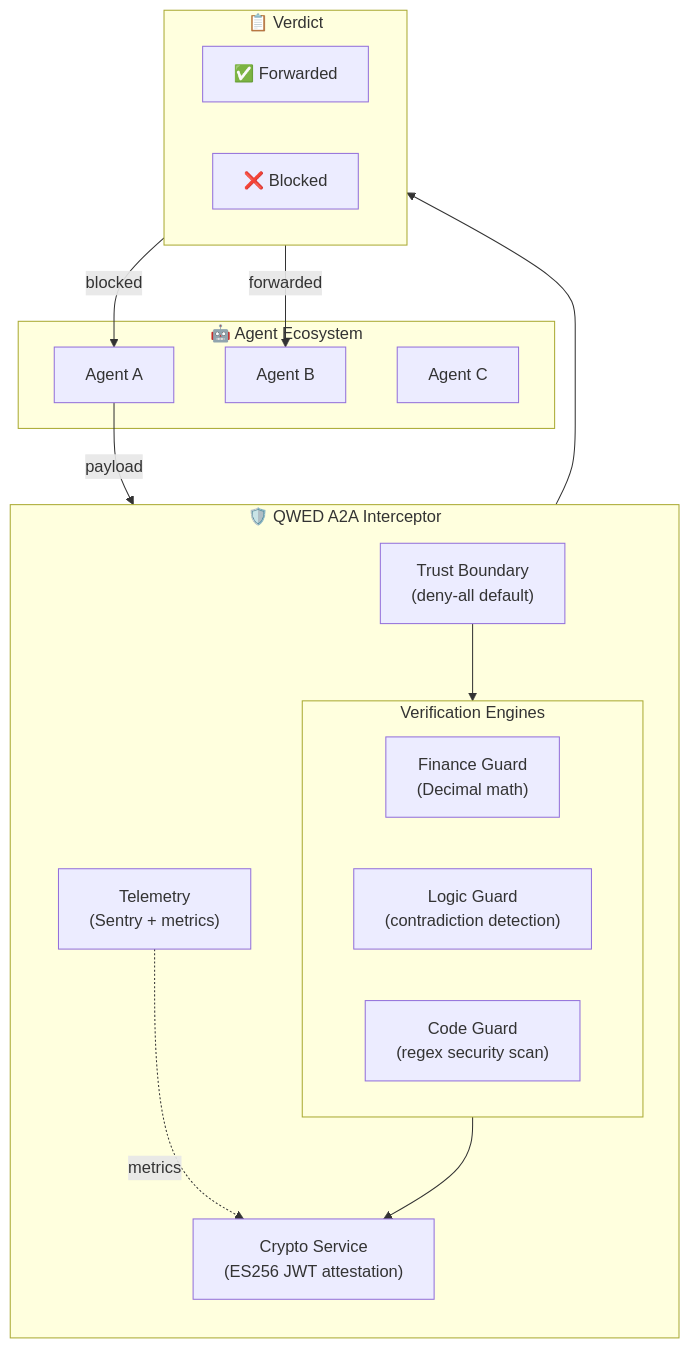
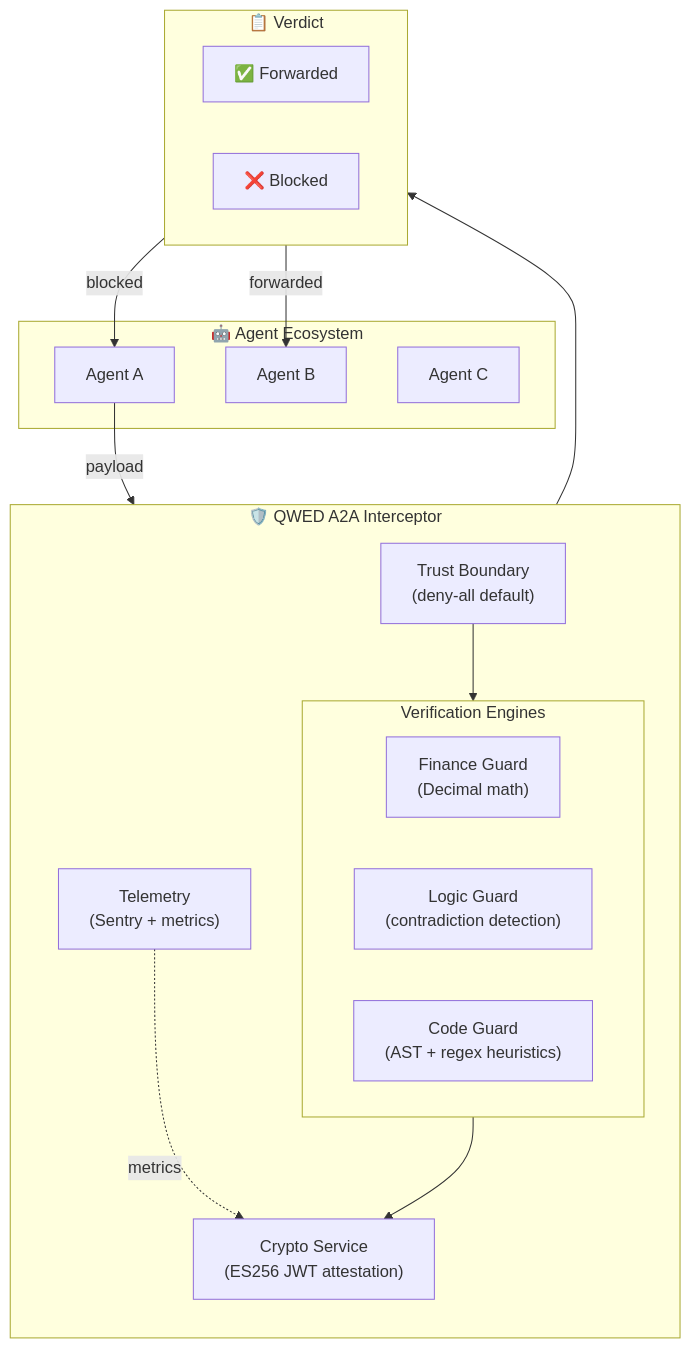
The second of 2 diagrams in a2a/overview.mdx (QWED-AI/docs), drawn with Mermaid before and after one commit. The commit also changed other lines of this file and 5 other files, not shown here.

````diff
--- a/a2a/overview.mdx
+++ b/a2a/overview.mdx
@@ -107,33 +107,33 @@
 ```mermaid
 flowchart TB
     subgraph Agents["🤖 Agent Ecosystem"]
         A1["Agent A"]
         A2["Agent B"]
         A3["Agent C"]
     end
 
     subgraph QWED["🛡️ QWED A2A Interceptor"]
         direction TB
         TB["Trust Boundary<br/>(deny-all default)"]
         subgraph Engines["Verification Engines"]
             FG["Finance Guard<br/>(Decimal math)"]
             LG["Logic Guard<br/>(contradiction detection)"]
-            CG["Code Guard<br/>(regex security scan)"]
+            CG["Code Guard<br/>(AST + regex heuristics)"]
         end
         CR["Crypto Service<br/>(ES256 JWT attestation)"]
         TL["Telemetry<br/>(Sentry + metrics)"]
     end
 
     subgraph Output["📋 Verdict"]
         FW["✅ Forwarded"]
         BL["❌ Blocked"]
     end
 
     A1 -->|"payload"| TB
     TB --> Engines
     Engines --> CR
     CR --> Output
     Output -->|"forwarded"| A2
     Output -->|"blocked"| A1
     TL -.->|"metrics"| CR
 ```
````
